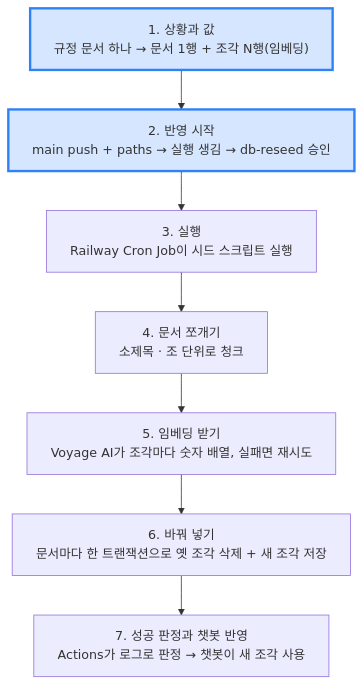
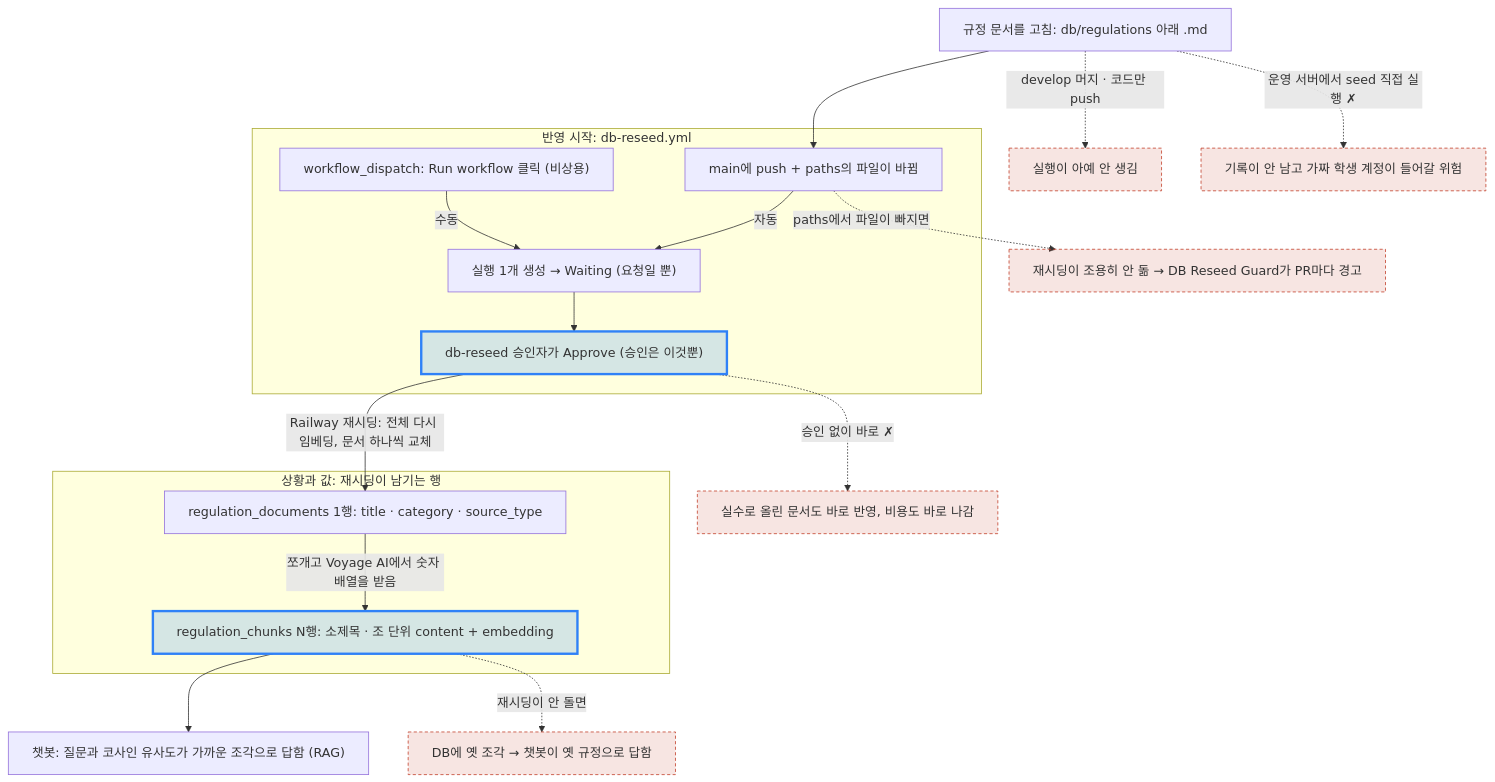
The diagram in 2026/November/11-23.md (ChildrenAon/TIL), drawn with Mermaid before and after one commit. The commit also changed other lines of this file, not shown here.

Commit message:
[ONE Student] 규정 문서 반영 상황과 값 · 반영 시작
고침: 맨 위 그림을 그날 내용이 담긴 그림 한 장으로 바꿈

````diff
--- a/2026/November/11-23.md
+++ b/2026/November/11-23.md
@@ -11,12 +12,32 @@
 ```mermaid
 %%{init: {"flowchart": {"wrappingWidth": 600}, "themeCSS": ".edgeLabel div { display: table-cell !important; width: auto !important; max-width: none !important; white-space: nowrap !important; } .edgeLabel p { padding: 5px 12px !important; margin: 0 !important; background: #55555599; } .edgeLabel, .edgeLabel span, .edgeLabel .labelBkg { background: transparent !important; }"}}%%
 flowchart TD
-  A["1. 상황과 값<br/>규정 문서 하나 → 문서 1행 + 조각 N행(임베딩)"] --> B["2. 반영 시작<br/>main push + paths → 실행 생김 → db-reseed 승인"]
-  B --> C["3. 실행<br/>Railway Cron Job이 시드 스크립트 실행"]
-  C --> D["4. 문서 쪼개기<br/>소제목 · 조 단위로 청크"]
-  D --> E["5. 임베딩 받기<br/>Voyage AI가 조각마다 숫자 배열, 실패면 재시도"]
-  E --> F["6. 바꿔 넣기<br/>문서마다 한 트랜잭션으로 옛 조각 삭제 + 새 조각 저장"]
-  F --> G["7. 성공 판정과 챗봇 반영<br/>Actions가 로그로 판정 → 챗봇이 새 조각 사용"]
+  E["규정 문서를 고침: db/regulations 아래 .md"]
+  subgraph S2["반영 시작: db-reseed.yml"]
+    PU["main에 push + paths의 파일이 바뀜"]
+    MAN["workflow_dispatch: Run workflow 클릭 (비상용)"]
+    RUN["실행 1개 생성 → Waiting (요청일 뿐)"]
+    AP["db-reseed 승인자가 Approve (승인은 이것뿐)"]
+  end
+  subgraph S1["상황과 값: 재시딩이 남기는 행"]
+    DOC["regulation_documents 1행: title · category · source_type"]
+    CH["regulation_chunks N행: 소제목 · 조 단위 content + embedding"]
+  end
+  BOT["챗봇: 질문과 코사인 유사도가 가까운 조각으로 답함 (RAG)"]
+  E --> PU
+  PU -->|"자동"| RUN
+  MAN -->|"수동"| RUN
+  RUN --> AP
+  AP -->|"Railway 재시딩: 전체 다시 임베딩, 문서 하나씩 교체"| DOC
+  DOC -->|"쪼개고 Voyage AI에서 숫자 배열을 받음"| CH
+  CH --> BOT
+  E -.->|"develop 머지 · 코드만 push"| X1["실행이 아예 안 생김"]
+  PU -.->|"paths에서 파일이 빠지면"| X2["재시딩이 조용히 안 돎 → DB Reseed Guard가 PR마다 경고"]
+  AP -.->|"승인 없이 바로 ✗"| X3["실수로 올린 문서도 바로 반영, 비용도 바로 나감"]
+  E -.->|"운영 서버에서 seed 직접 실행 ✗"| X4["기록이 안 남고 가짜 학생 계정이 들어갈 위험"]
+  CH -.->|"재시딩이 안 돌면"| X5["DB에 옛 조각 → 챗봇이 옛 규정으로 답함"]
   classDef seen fill:#2f81f733,stroke:#2f81f7,stroke-width:3px
-  class A,B seen
+  classDef bad fill:#c2402a22,stroke:#c2402a,stroke-dasharray:4 3
+  class AP,CH seen
+  class X1,X2,X3,X4,X5 bad
 ```
````
